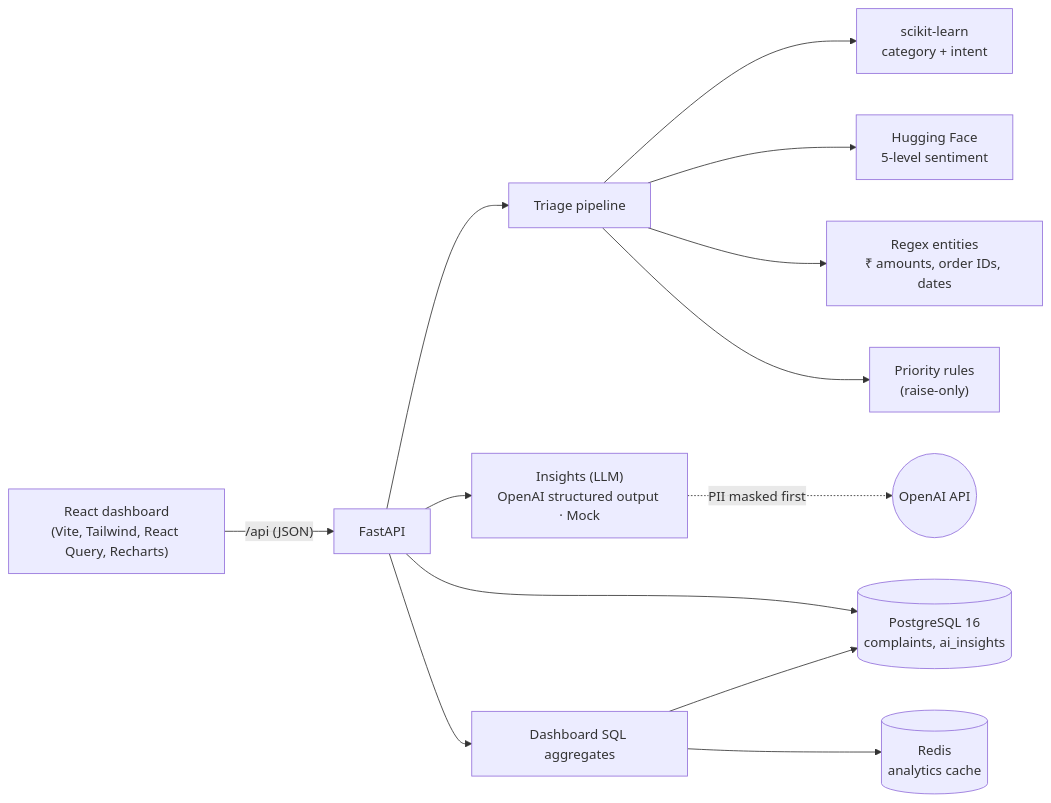
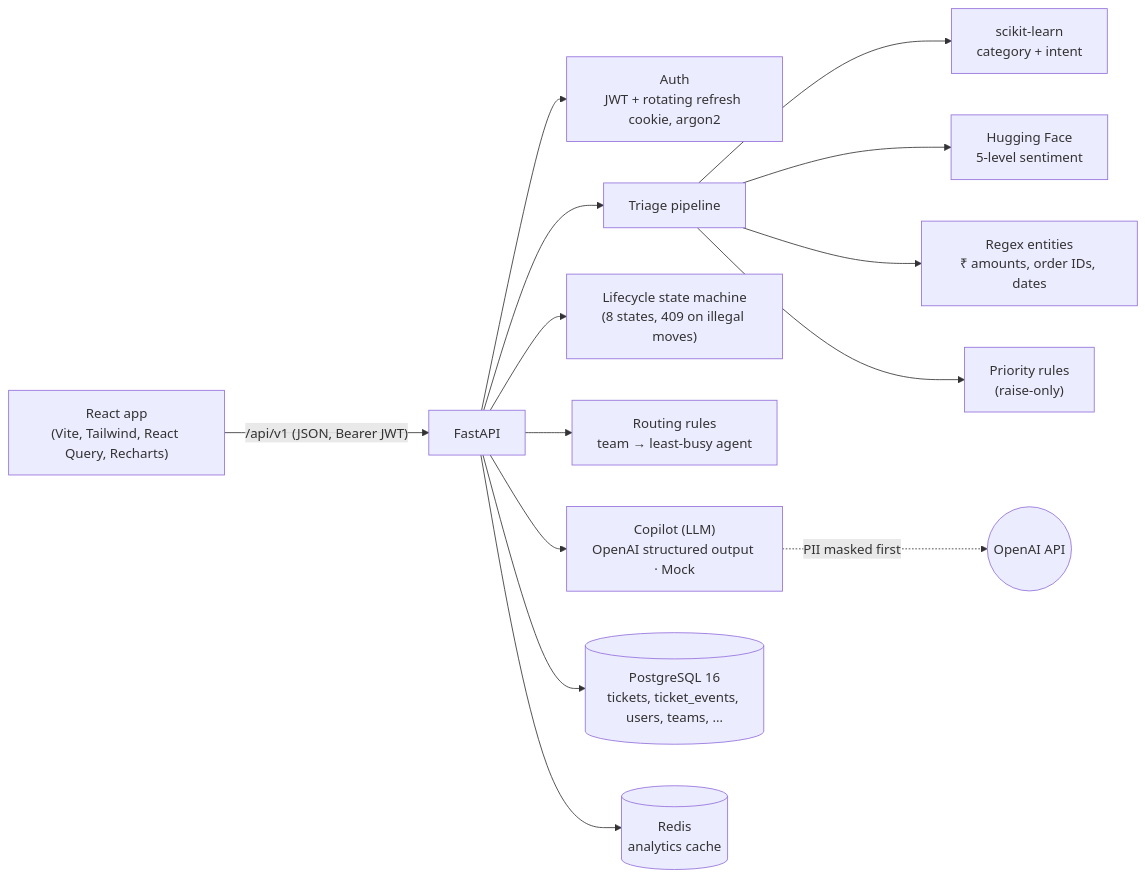
One commit to trishna0049/complaint-intelligence changed the first of 2 diagrams in docs/ARCHITECTURE.md. Above: the diagram before and after it, drawn with Mermaid. The commit also changed other lines of this file and 31 other files, not shown here.

First line of the commit message:
Step 5: routing — category → owning team → least-busy agent, low-confidence review queue

````diff
--- a/docs/ARCHITECTURE.md
+++ b/docs/ARCHITECTURE.md
@@ -6,15 +7,16 @@
 ```mermaid
 flowchart LR
-    UI["React dashboard<br/>(Vite, Tailwind, React Query, Recharts)"] -- "/api (JSON)" --> API["FastAPI"]
+    UI["React app<br/>(Vite, Tailwind, React Query, Recharts)"] -- "/api/v1 (JSON, Bearer JWT)" --> API["FastAPI"]
+    API --> AUTH["Auth<br/>JWT + rotating refresh cookie, argon2"]
     API --> T["Triage pipeline"]
     T --> C["scikit-learn<br/>category + intent"]
     T --> S["Hugging Face<br/>5-level sentiment"]
     T --> E["Regex entities<br/>₹ amounts, order IDs, dates"]
     T --> P["Priority rules<br/>(raise-only)"]
-    API --> L["Insights (LLM)<br/>OpenAI structured output · Mock"]
+    API --> LC["Lifecycle state machine<br/>(8 states, 409 on illegal moves)"]
+    API --> RT["Routing rules<br/>team → least-busy agent"]
+    API --> L["Copilot (LLM)<br/>OpenAI structured output · Mock"]
     L -. "PII masked first" .-> OAI(("OpenAI API"))
-    API --> DB[("PostgreSQL 16<br/>complaints, ai_insights")]
-    D --> R[("Redis<br/>analytics cache")]
-    API --> D["Dashboard SQL aggregates"]
-    D --> DB
+    API --> DB[("PostgreSQL 16<br/>tickets, ticket_events, users, teams, …")]
+    API --> R[("Redis<br/>analytics cache")]
 ```
````
